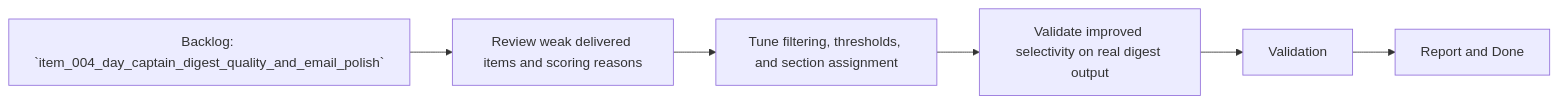
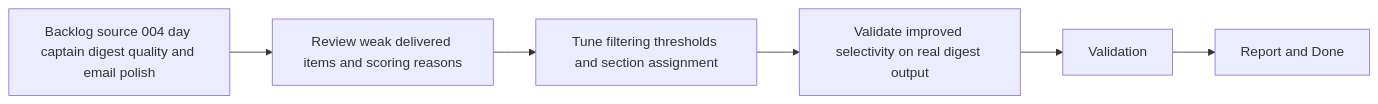
One commit to AlexAgo83/day-captain changed the diagram in logics/tasks/task_009_day_captain_digest_signal_quality_tuning.md. Above: the diagram before and after it, drawn with Mermaid. The commit also changed 40 other files, not shown here.

Commit message:
Normalize Logics Mermaid diagrams

````diff
--- a/logics/tasks/task_009_day_captain_digest_signal_quality_tuning.md
+++ b/logics/tasks/task_009_day_captain_digest_signal_quality_tuning.md
@@ -18,8 +18,8 @@
 ```mermaid
 flowchart LR
-    Backlog[Backlog: `item_004_day_captain_digest_quality_and_email_polish`] --> Step1[Review weak delivered items and scoring reasons]
-    Step1 --> Step2[Tune filtering, thresholds, and section assignment]
+    Backlog[Backlog source 004 day captain digest quality and email polish] --> Step1[Review weak delivered items and scoring reasons]
+    Step1 --> Step2[Tune filtering thresholds and section assignment]
     Step2 --> Step3[Validate improved selectivity on real digest output]
     Step3 --> Validation[Validation]
     Validation --> Report[Report and Done]
 ```
````
